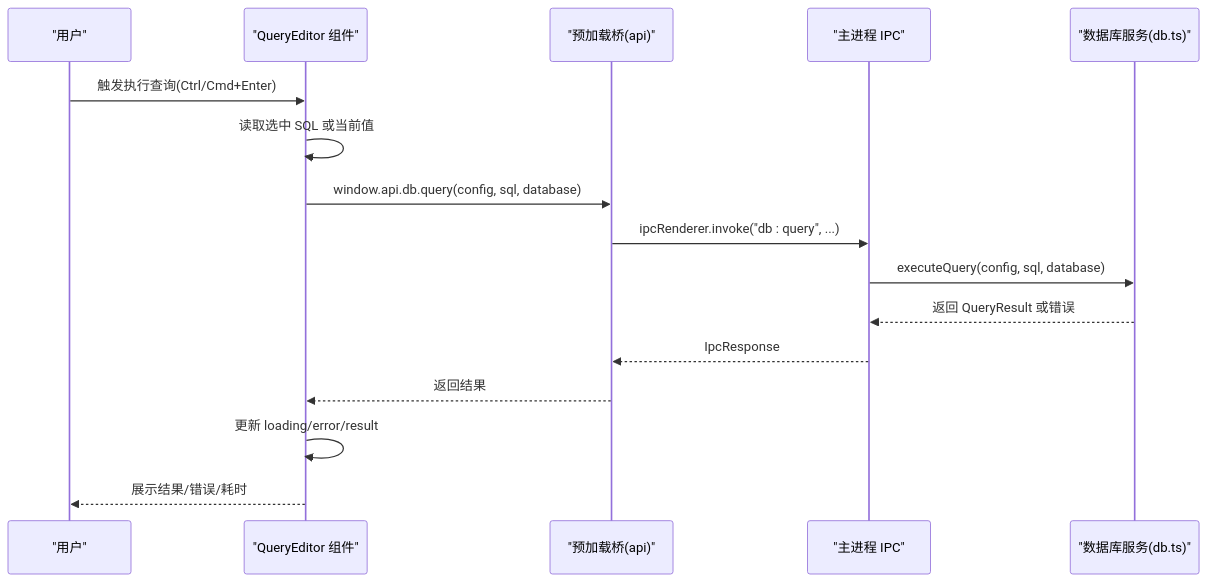
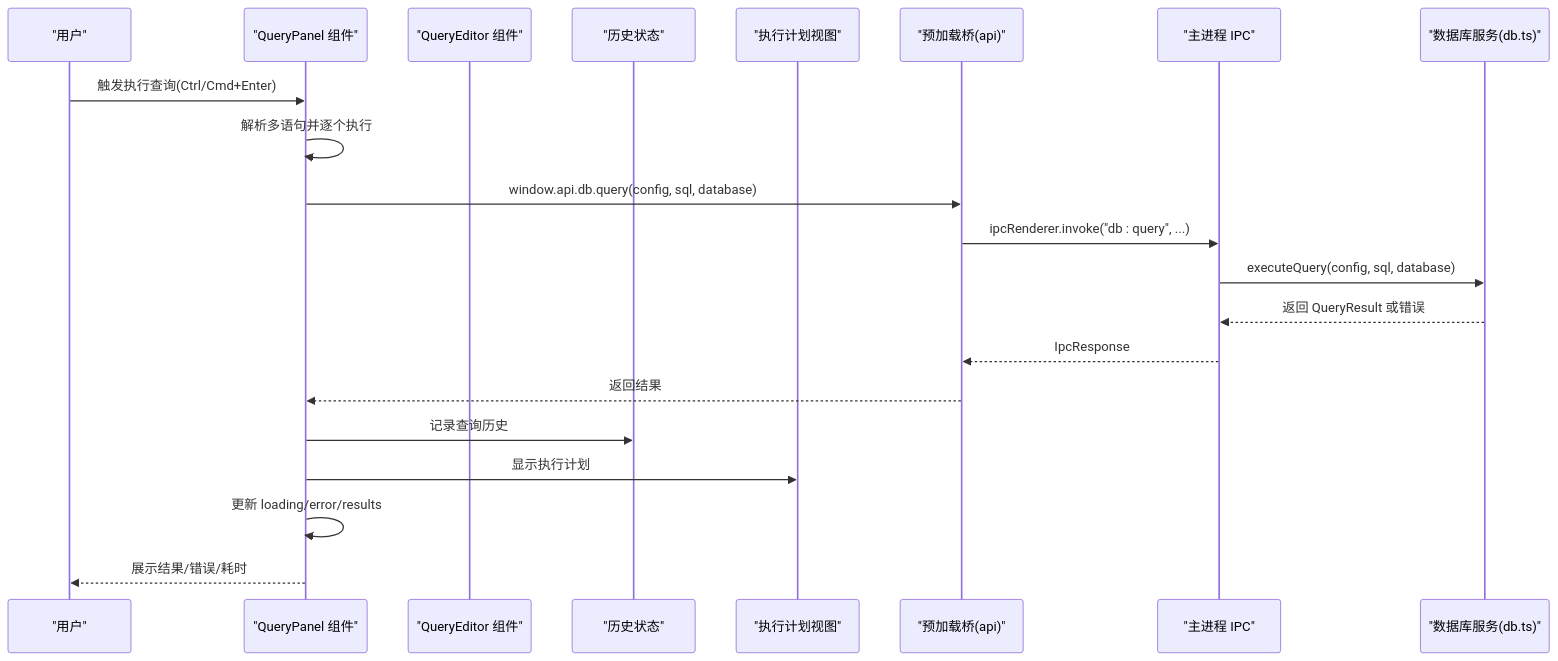
The second of 8 diagrams in .qoder/repowiki/zh/content/前端组件系统/查询编辑器组件.md (wwenbo2048/nexsql), drawn with Mermaid before and after one commit. The commit also changed other lines of this file and 19 other files, not shown here.

````diff
--- a/.qoder/repowiki/zh/content/前端组件系统/查询编辑器组件.md
+++ b/.qoder/repowiki/zh/content/前端组件系统/查询编辑器组件.md
@@ -116,18 +159,23 @@
 ```mermaid
 sequenceDiagram
 participant U as "用户"
+participant QP as "QueryPanel 组件"
 participant QE as "QueryEditor 组件"
+participant HS as "历史状态"
+participant EPV as "执行计划视图"
 participant PRE as "预加载桥(api)"
 participant IPC as "主进程 IPC"
 participant DB as "数据库服务(db.ts)"
-U->>QE : 触发执行查询(Ctrl/Cmd+Enter)
-QE->>QE : 读取选中 SQL 或当前值
-QE->>PRE : window.api.db.query(config, sql, database)
+U->>QP : 触发执行查询(Ctrl/Cmd+Enter)
+QP->>QP : 解析多语句并逐个执行
+QP->>PRE : window.api.db.query(config, sql, database)
 PRE->>IPC : ipcRenderer.invoke("db : query", ...)
 IPC->>DB : executeQuery(config, sql, database)
 DB-->>IPC : 返回 QueryResult 或错误
 IPC-->>PRE : IpcResponse
-PRE-->>QE : 返回结果
-QE->>QE : 更新 loading/error/result
-QE-->>U : 展示结果/错误/耗时
+PRE-->>QP : 返回结果
+QP->>HS : 记录查询历史
+QP->>EPV : 显示执行计划
+QP->>QP : 更新 loading/error/results
+QP-->>U : 展示结果/错误/耗时
 ```
````
